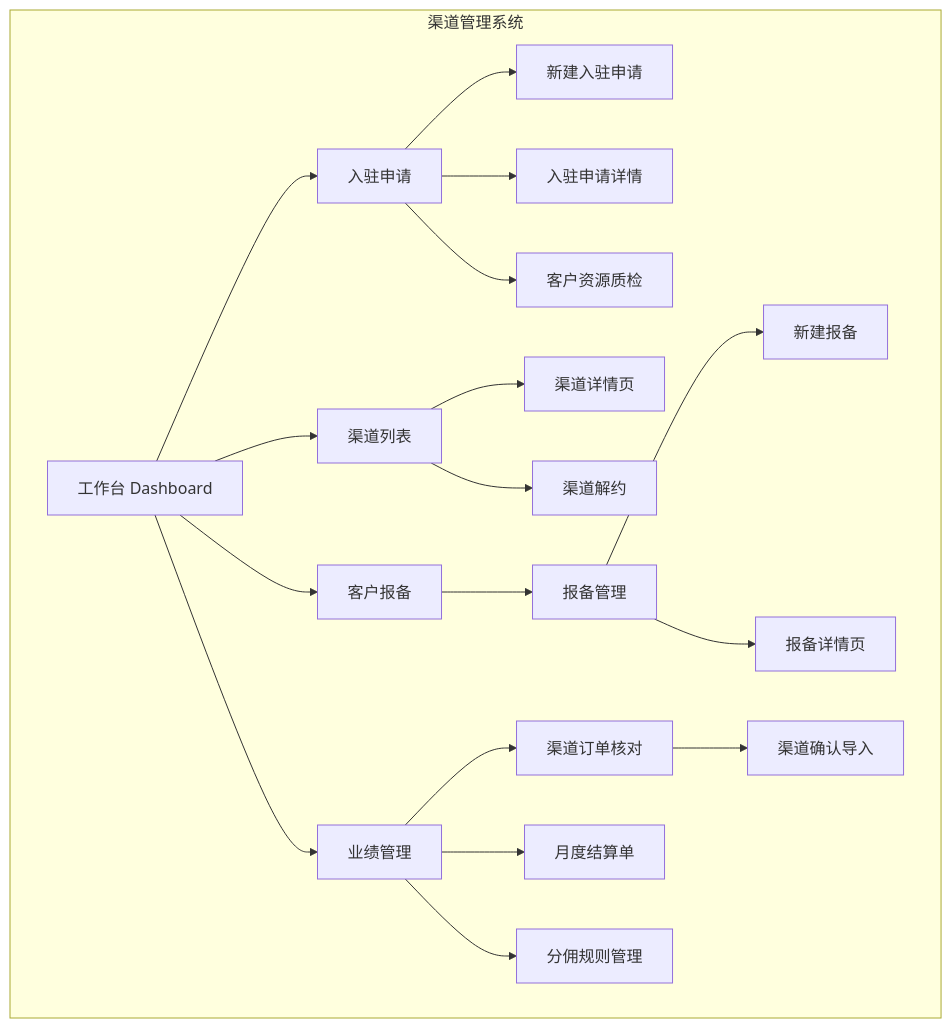
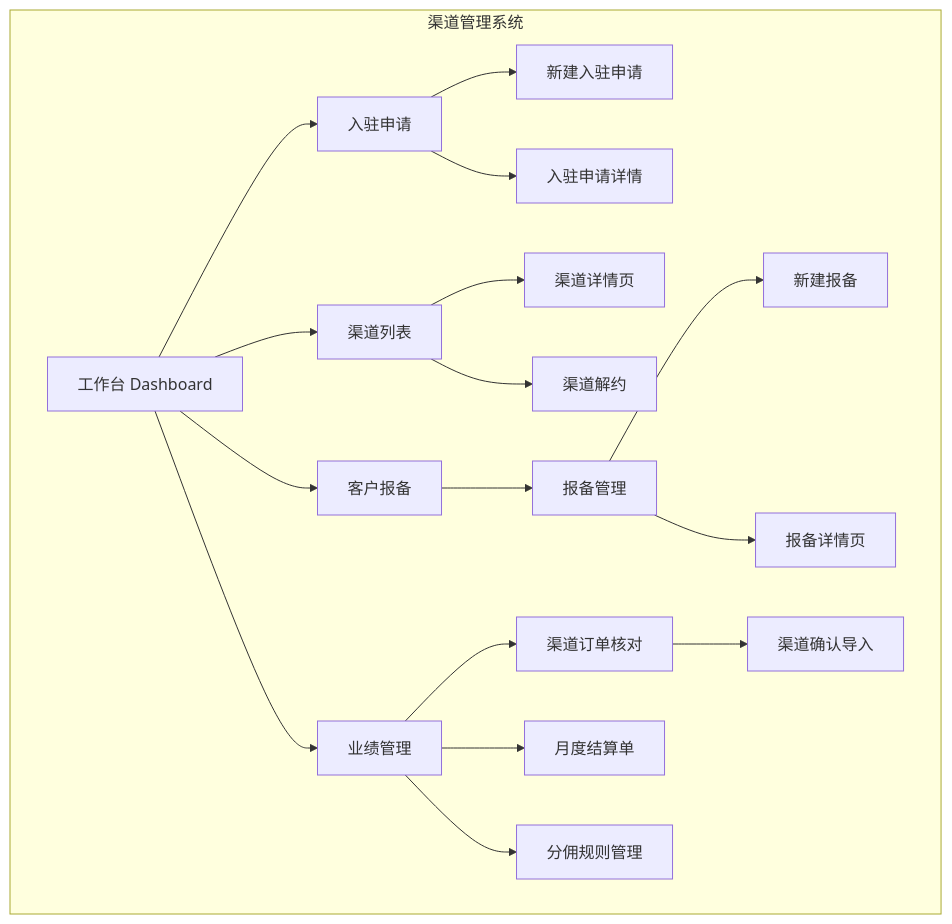
Before and after one commit to njwander/channel-demo: the first of 17 diagrams in docs/渠道管理系统-PRD.md, drawn with Mermaid. The commit also changed other lines of this file and 7 other files, not shown here.

````diff
--- a/docs/渠道管理系统-PRD.md
+++ b/docs/渠道管理系统-PRD.md
@@ -38,25 +38,24 @@
 ```mermaid
 graph TD
     subgraph 渠道管理系统
         A[工作台 Dashboard] --> B[入驻申请]
         A --> C[渠道列表]
         A --> D[客户报备]
         A --> F[业绩管理]
         
         B --> B1[新建入驻申请]
         B --> B2[入驻申请详情]
-        B --> B3[客户资源质检]
         
         C --> C1[渠道详情页]
         C --> C2[渠道解约]
         
         D --> D1[报备管理]
         D1 --> D1a[新建报备]
         D1 --> D1b[报备详情页]
         
         F --> F1[渠道订单核对]
         F1 --> F1b[渠道确认导入]
         F --> F2[月度结算单]
         F --> F4[分佣规则管理]
     end
 ```
````
